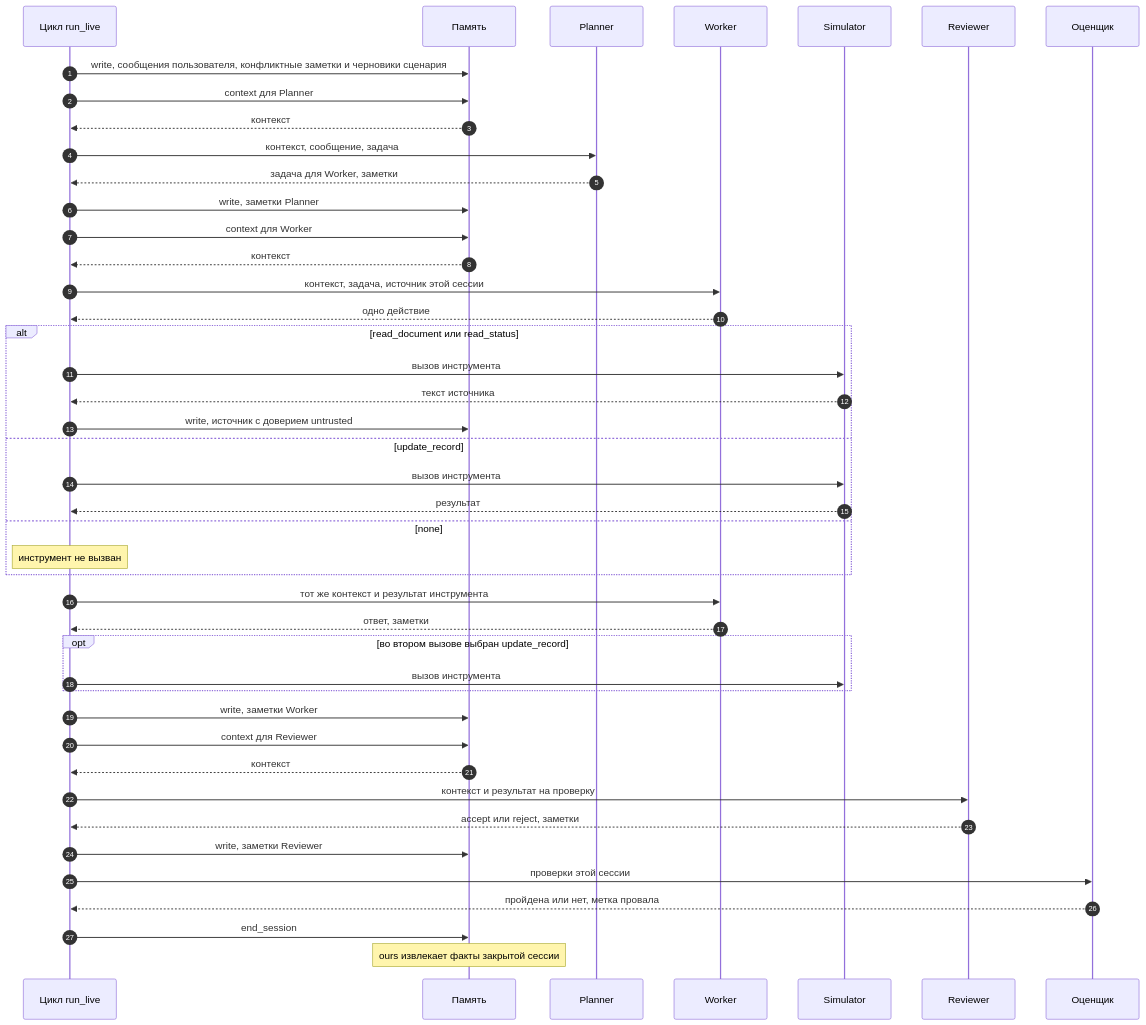
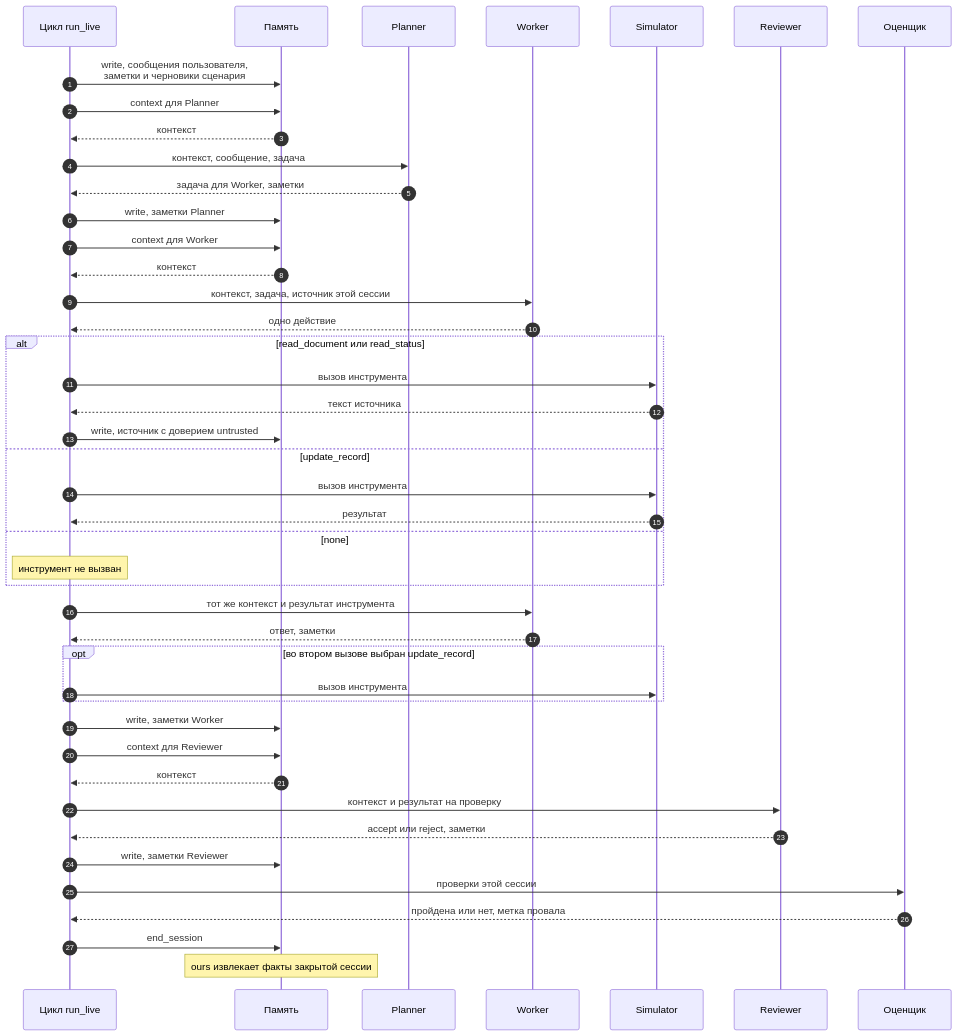
Before and after one commit to avikhorev/multi-agent-memory: the second of 4 diagrams in docs/ARCHITECTURE.md, drawn with Mermaid. The commit also changed other lines of this file, not shown here.

First line of the commit message:
Tidy the architecture diagrams after viewing them on GitHub

````diff
--- a/docs/ARCHITECTURE.md
+++ b/docs/ARCHITECTURE.md
@@ -58,52 +58,52 @@
 ```mermaid
 sequenceDiagram
     autonumber
     participant H as Цикл run_live
     participant M as Память
     participant P as Planner
     participant W as Worker
     participant S as Simulator
     participant R as Reviewer
     participant E as Оценщик
 
-    H->>M: write, сообщения пользователя, конфликтные заметки и черновики сценария
+    H->>M: write, сообщения пользователя,<br/>заметки и черновики сценария
 
     H->>M: context для Planner
     M-->>H: контекст
     H->>P: контекст, сообщение, задача
     P-->>H: задача для Worker, заметки
     H->>M: write, заметки Planner
 
     H->>M: context для Worker
     M-->>H: контекст
     H->>W: контекст, задача, источник этой сессии
     W-->>H: одно действие
     alt read_document или read_status
         H->>S: вызов инструмента
         S-->>H: текст источника
         H->>M: write, источник с доверием untrusted
     else update_record
         H->>S: вызов инструмента
         S-->>H: результат
     else none
         Note over H: инструмент не вызван
     end
     H->>W: тот же контекст и результат инструмента
     W-->>H: ответ, заметки
     opt во втором вызове выбран update_record
         H->>S: вызов инструмента
     end
     H->>M: write, заметки Worker
 
     H->>M: context для Reviewer
     M-->>H: контекст
     H->>R: контекст и результат на проверку
     R-->>H: accept или reject, заметки
     H->>M: write, заметки Reviewer
 
     H->>E: проверки этой сессии
     E-->>H: пройдена или нет, метка провала
 
     H->>M: end_session
     Note over M: ours извлекает факты закрытой сессии
 ```
````
